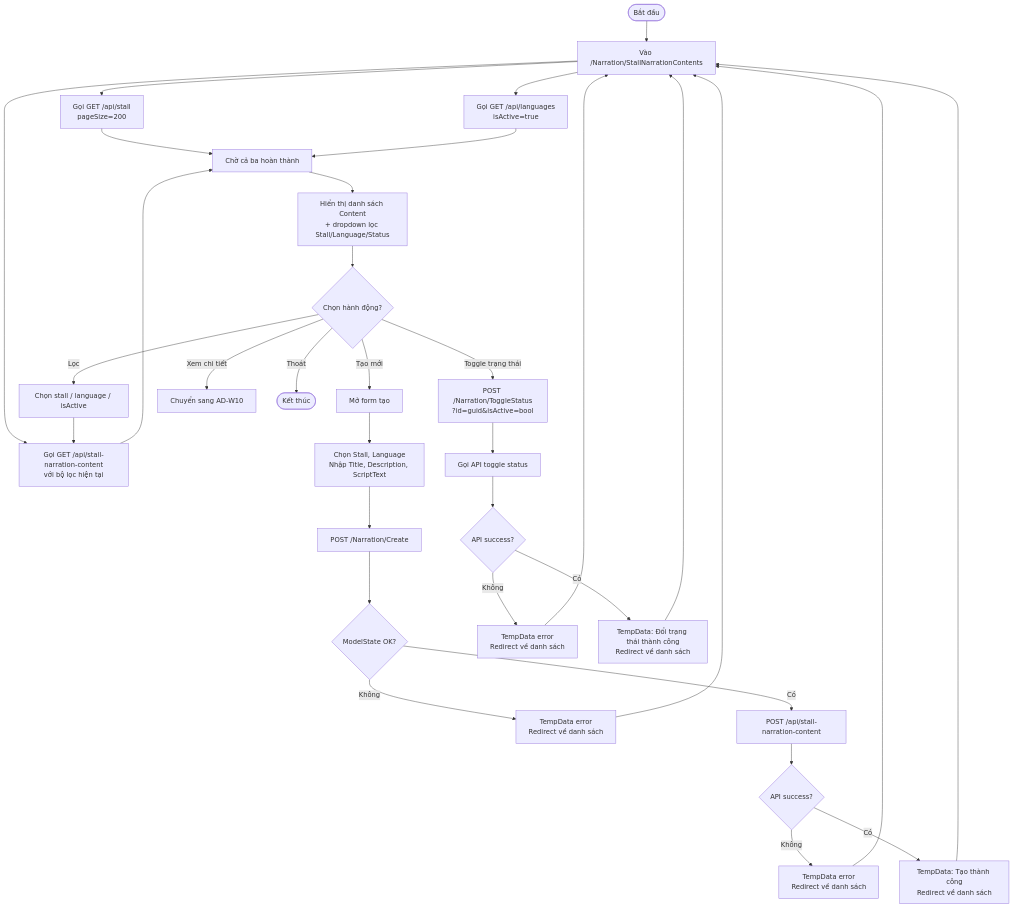
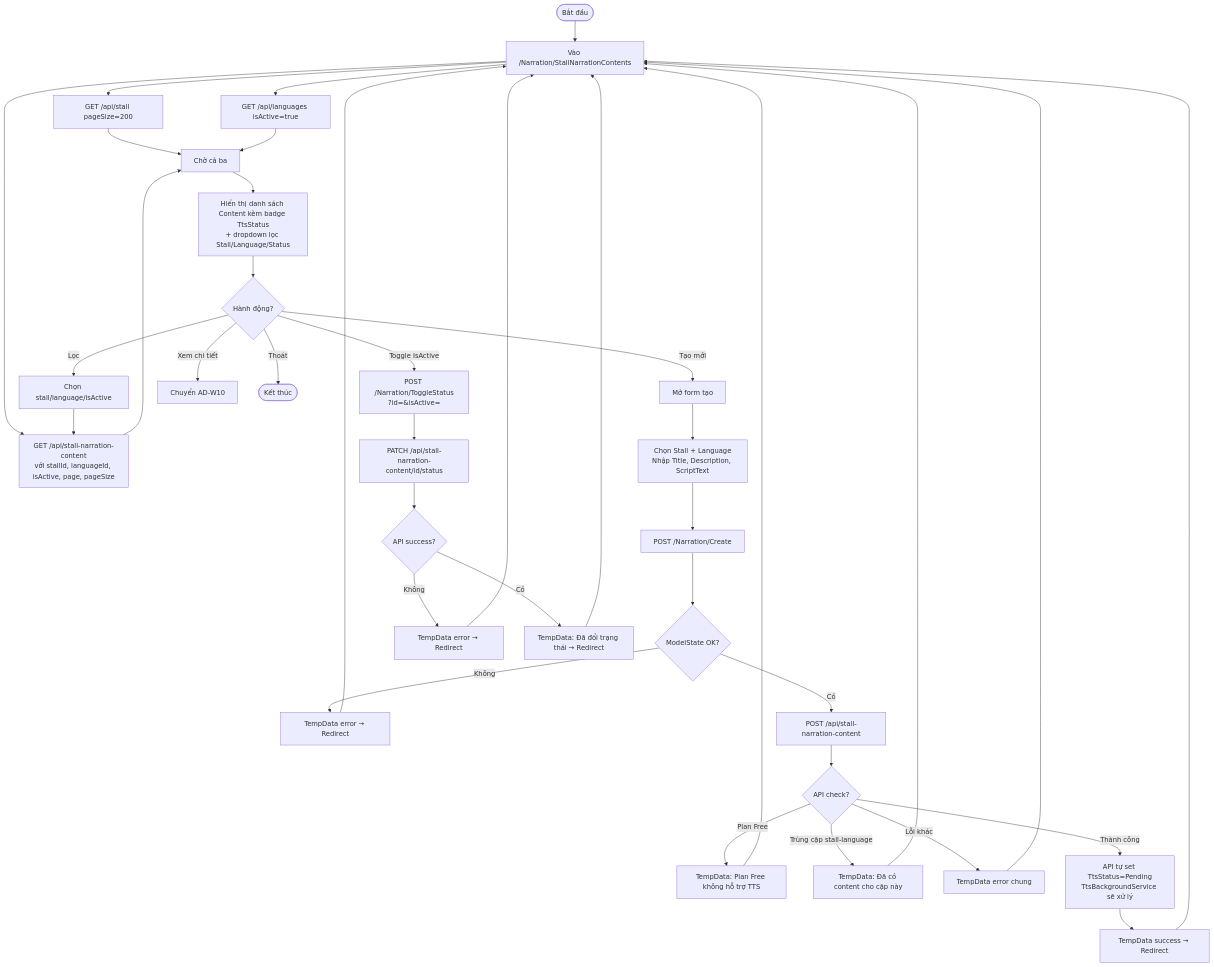
The ninth of 21 diagrams in Docs/Activity Diagrams – Web Admin.md (NguyenAlpha/LocateAndMultilingualNarration), drawn with Mermaid before and after one commit. The commit also changed other lines of this file and 1 other file, not shown here.

Commit message:
Update Mobile API Endpoints Summary with detailed descriptions and JSON response examples for each endpoint

````diff
--- a/Docs/Activity Diagrams – Web Admin.md
+++ b/Docs/Activity Diagrams – Web Admin.md
@@ -347,41 +386,46 @@
 ```mermaid
 flowchart TD
     A([Bắt đầu]) --> B[Vào /Narration/StallNarrationContents]
-    B --> C1[Gọi GET /api/stall\npageSize=200]
-    B --> C2[Gọi GET /api/languages\nisActive=true]
-    B --> C3[Gọi GET /api/stall-narration-content\nvới bộ lọc hiện tại]
-    C1 --> D[Chờ cả ba hoàn thành]
+    B --> C1[GET /api/stall pageSize=200]
+    B --> C2[GET /api/languages isActive=true]
+    B --> C3[GET /api/stall-narration-content\nvới stallId, languageId, isActive, page, pageSize]
+    C1 --> D[Chờ cả ba]
     C2 --> D
     C3 --> D
-    D --> E[Hiển thị danh sách Content\n+ dropdown lọc Stall/Language/Status]
+    D --> E[Hiển thị danh sách Content kèm badge TtsStatus\n+ dropdown lọc Stall/Language/Status]
 
-    E --> F{Chọn hành động?}
+    E --> F{Hành động?}
 
-    F -- Lọc --> G[Chọn stall / language / isActive]
+    F -- Lọc --> G[Chọn stall/language/isActive]
     G --> C3
 
     F -- Tạo mới --> H[Mở form tạo]
-    H --> I[Chọn Stall, Language\nNhập Title, Description, ScriptText]
+    H --> I[Chọn Stall + Language\nNhập Title, Description, ScriptText]
     I --> J[POST /Narration/Create]
     J --> K{ModelState OK?}
-    K -- Không --> L[TempData error\nRedirect về danh sách]
+    K -- Không --> L[TempData error → Redirect]
     L --> B
     K -- Có --> M[POST /api/stall-narration-content]
-    M --> N{API success?}
-    N -- Không --> O[TempData error\nRedirect về danh sách]
+    M --> N{API check?}
+    N -- Plan Free --> O[TempData: Plan Free không hỗ trợ TTS]
+    N -- Trùng cặp stall-language --> P[TempData: Đã có content cho cặp này]
+    N -- Lỗi khác --> Q[TempData error chung]
     O --> B
-    N -- Có --> P[TempData: Tạo thành công\nRedirect về danh sách]
     P --> B
+    Q --> B
+    N -- Thành công --> R[API tự set TtsStatus=Pending\nTtsBackgroundService sẽ xử lý]
+    R --> S[TempData success → Redirect]
+    S --> B
 
-    F -- Toggle trạng thái --> Q[POST /Narration/ToggleStatus\n?id=guid&isActive=bool]
-    Q --> R[Gọi API toggle status]
-    R --> S{API success?}
-    S -- Không --> T[TempData error\nRedirect về danh sách]
-    T --> B
-    S -- Có --> U[TempData: Đổi trạng thái thành công\nRedirect về danh sách]
-    U --> B
+    F -- Toggle IsActive --> T[POST /Narration/ToggleStatus\n?id=&isActive=]
+    T --> U[PATCH /api/stall-narration-content/id/status]
+    U --> V{API success?}
+    V -- Không --> W[TempData error → Redirect]
+    V -- Có --> X[TempData: Đã đổi trạng thái → Redirect]
+    W --> B
+    X --> B
 
-    F -- Xem chi tiết --> V[Chuyển sang AD-W10]
+    F -- Xem chi tiết --> Y[Chuyển AD-W10]
 
-    F -- Thoát --> W([Kết thúc])
+    F -- Thoát --> Z([Kết thúc])
 ```
````
